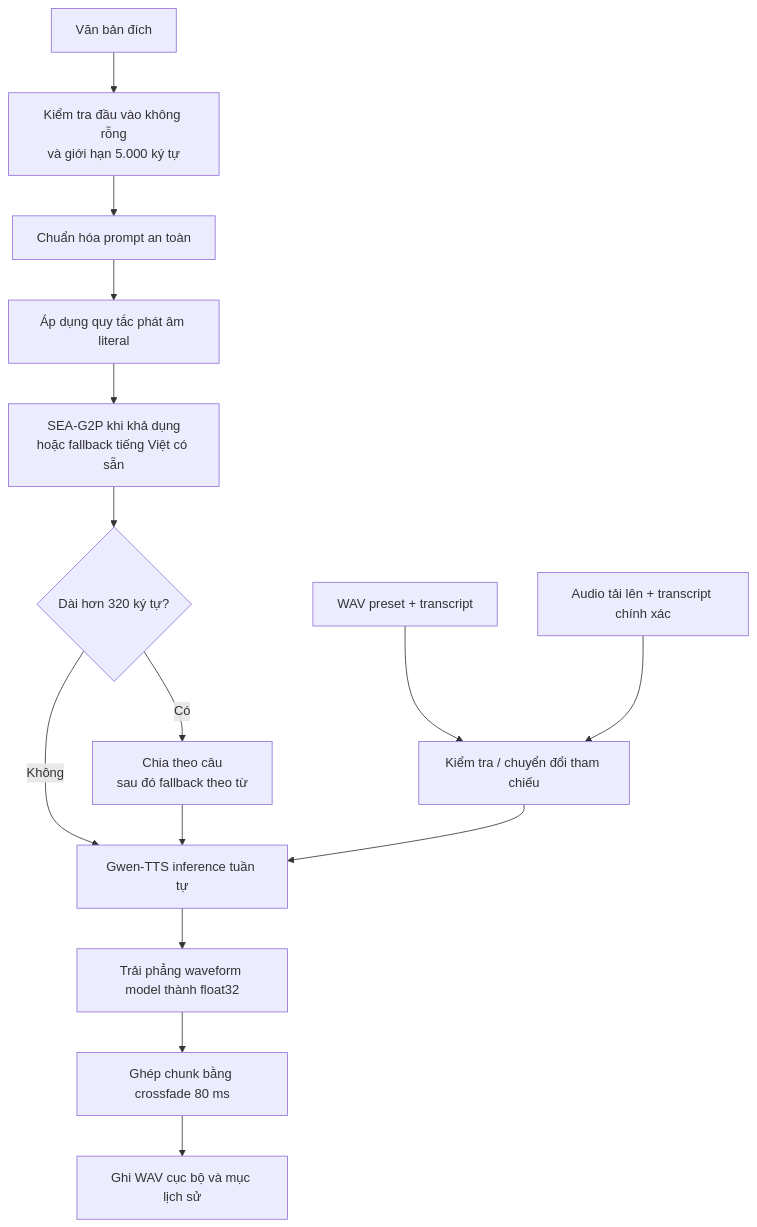
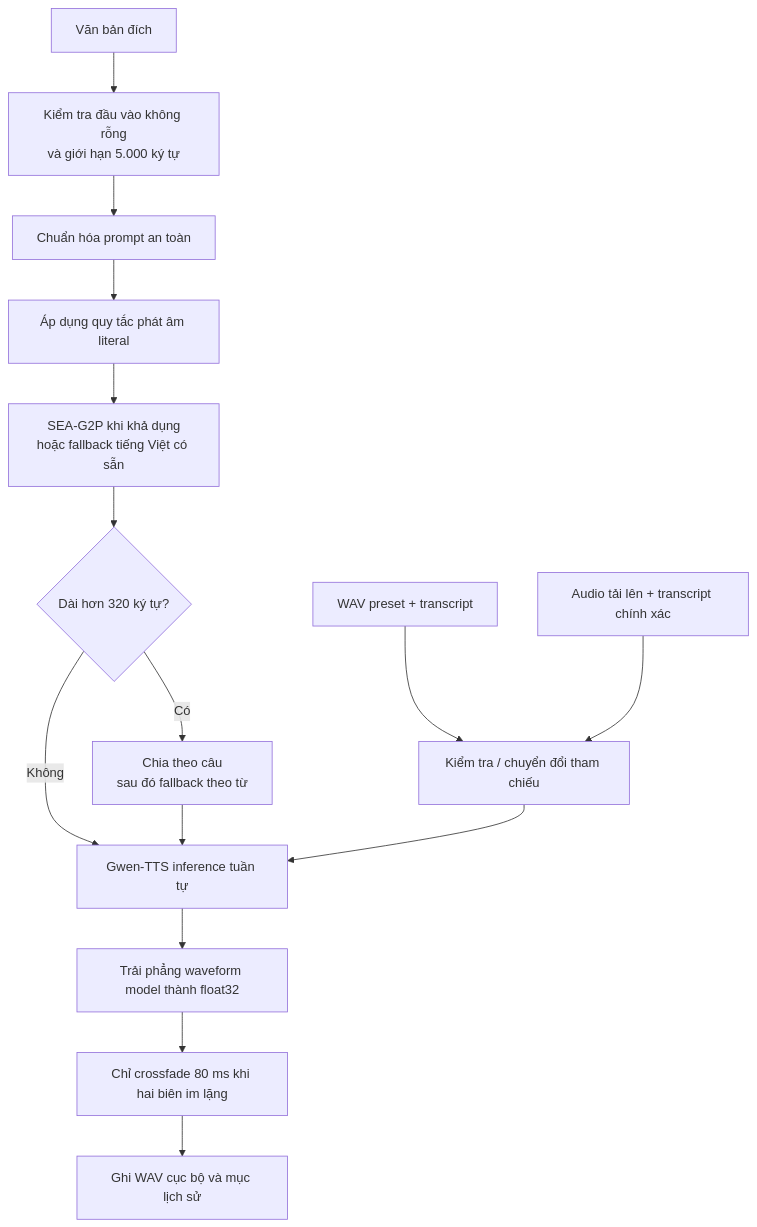
The second of 2 diagrams in README.md (sin0235/vietnamese-tts-studio), drawn with Mermaid before and after one commit. The commit also changed other lines of this file and 4 other files, not shown here.

````diff
--- a/README.md
+++ b/README.md
@@ -81,19 +81,19 @@
 ```mermaid
 flowchart TD
     Input[Văn bản đích] --> Validate[Kiểm tra đầu vào không rỗng<br/>và giới hạn 5.000 ký tự]
     Validate --> Safe[Chuẩn hóa prompt an toàn]
     Safe --> Pronounce[Áp dụng quy tắc phát âm literal]
     Pronounce --> Vietnamese[SEA-G2P khi khả dụng<br/>hoặc fallback tiếng Việt có sẵn]
     Vietnamese --> Chunk{Dài hơn 320 ký tự?}
     Chunk -->|Không| Infer
     Chunk -->|Có| Split[Chia theo câu<br/>sau đó fallback theo từ]
     Split --> Infer[Gwen-TTS inference tuần tự]
 
     Preset[WAV preset + transcript] --> Reference
     Custom[Audio tải lên + transcript chính xác] --> Reference[Kiểm tra / chuyển đổi tham chiếu]
     Reference --> Infer
 
     Infer --> Waves[Trải phẳng waveform model thành float32]
-    Waves --> Join[Ghép chunk bằng crossfade 80 ms]
+    Waves --> Join[Chỉ crossfade 80 ms khi hai biên im lặng]
     Join --> Output[Ghi WAV cục bộ và mục lịch sử]
 ```
````
